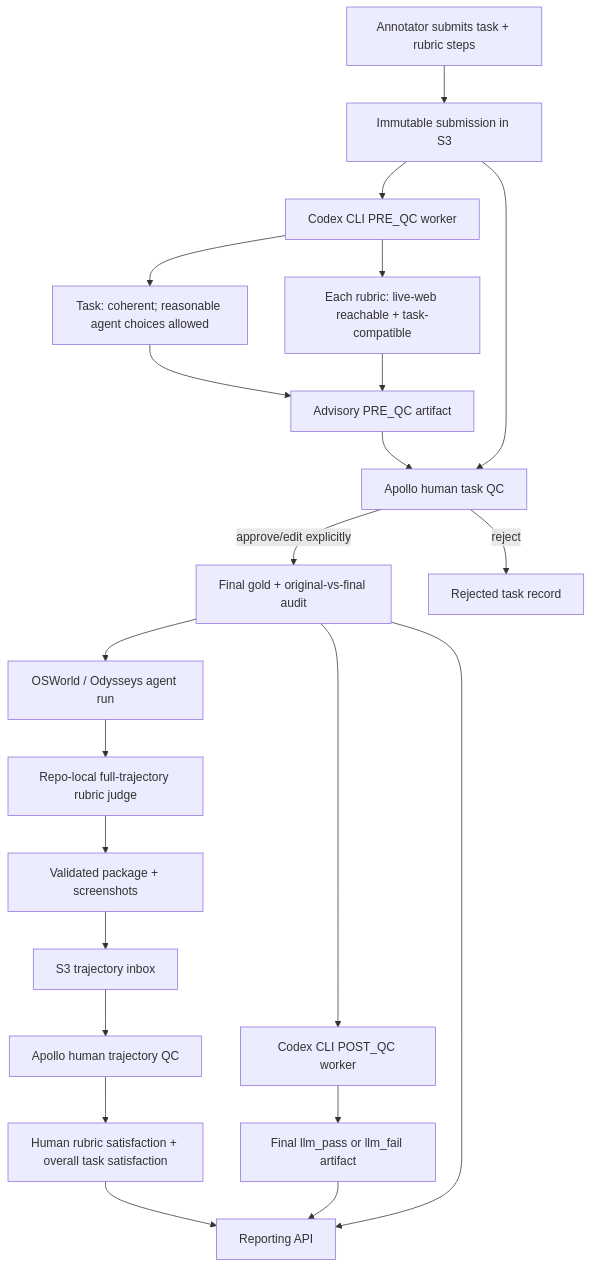
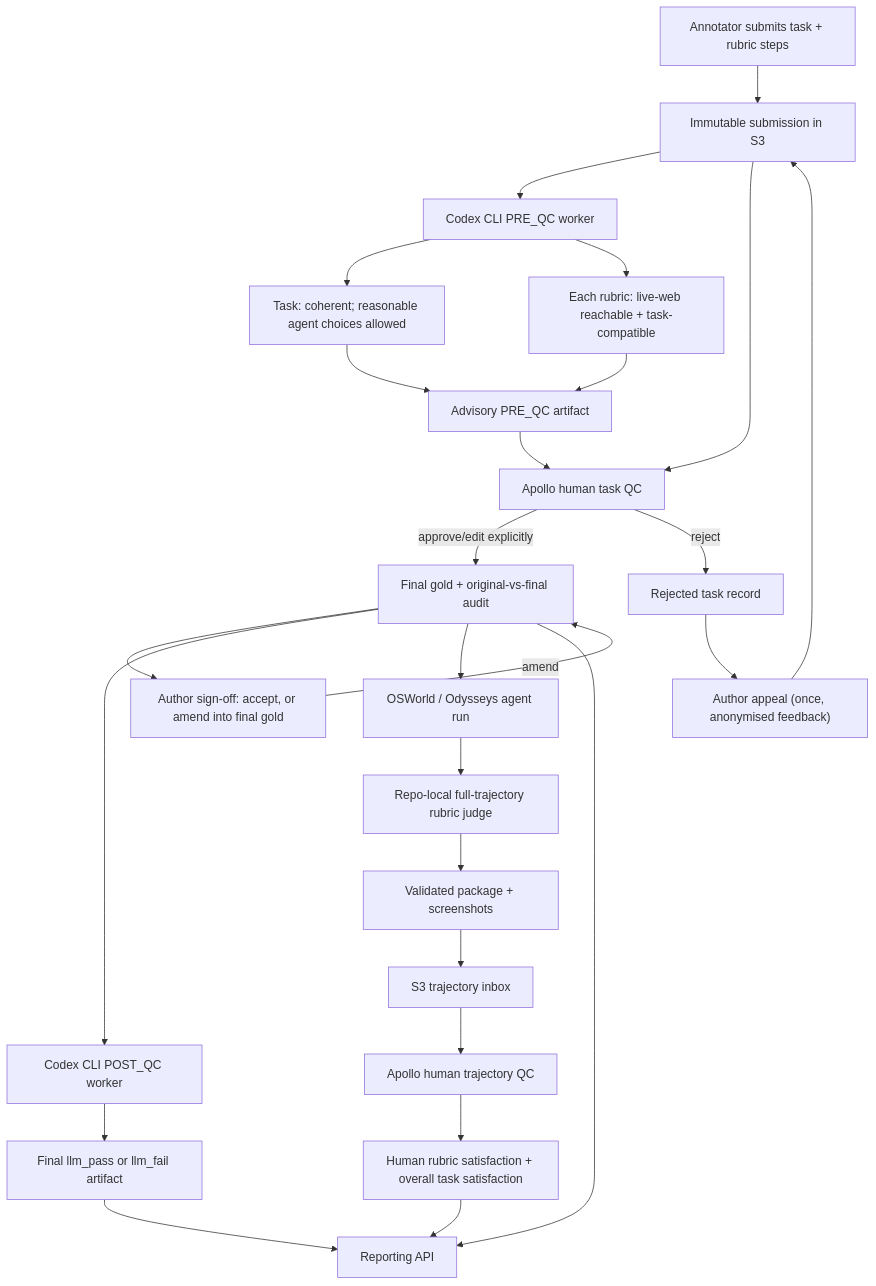
Before and after one commit to superintelligentagents/apollo-platform: the diagram in docs/APOLLO_FLOW.md, drawn with Mermaid. The commit also changed other lines of this file and 18 other files, not shown here.

````diff
--- a/docs/APOLLO_FLOW.md
+++ b/docs/APOLLO_FLOW.md
@@ -3,24 +3,28 @@
 ```mermaid
 flowchart TD
     A["Annotator submits task + rubric steps"] --> B["Immutable submission in S3"]
     B --> C["Codex CLI PRE_QC worker"]
     C --> C1["Task: coherent; reasonable agent choices allowed"]
     C --> C2["Each rubric: live-web reachable + task-compatible"]
     C1 --> D["Advisory PRE_QC artifact"]
     C2 --> D
     D --> E["Apollo human task QC"]
     B --> E
     E -->|"approve/edit explicitly"| F["Final gold + original-vs-final audit"]
     E -->|"reject"| R["Rejected task record"]
+    F --> S["Author sign-off: accept, or amend into final gold"]
+    S -->|"amend"| F
+    R --> AP["Author appeal (once, anonymised feedback)"]
+    AP --> B
     F --> G["Codex CLI POST_QC worker"]
     G --> H["Final llm_pass or llm_fail artifact"]
     F --> I["OSWorld / Odysseys agent run"]
     I --> J["Repo-local full-trajectory rubric judge"]
     J --> K["Validated package + screenshots"]
     K --> L["S3 trajectory inbox"]
     L --> M["Apollo human trajectory QC"]
     M --> N["Human rubric satisfaction + overall task satisfaction"]
     N --> O["Reporting API"]
     H --> O
     F --> O
 ```
````
